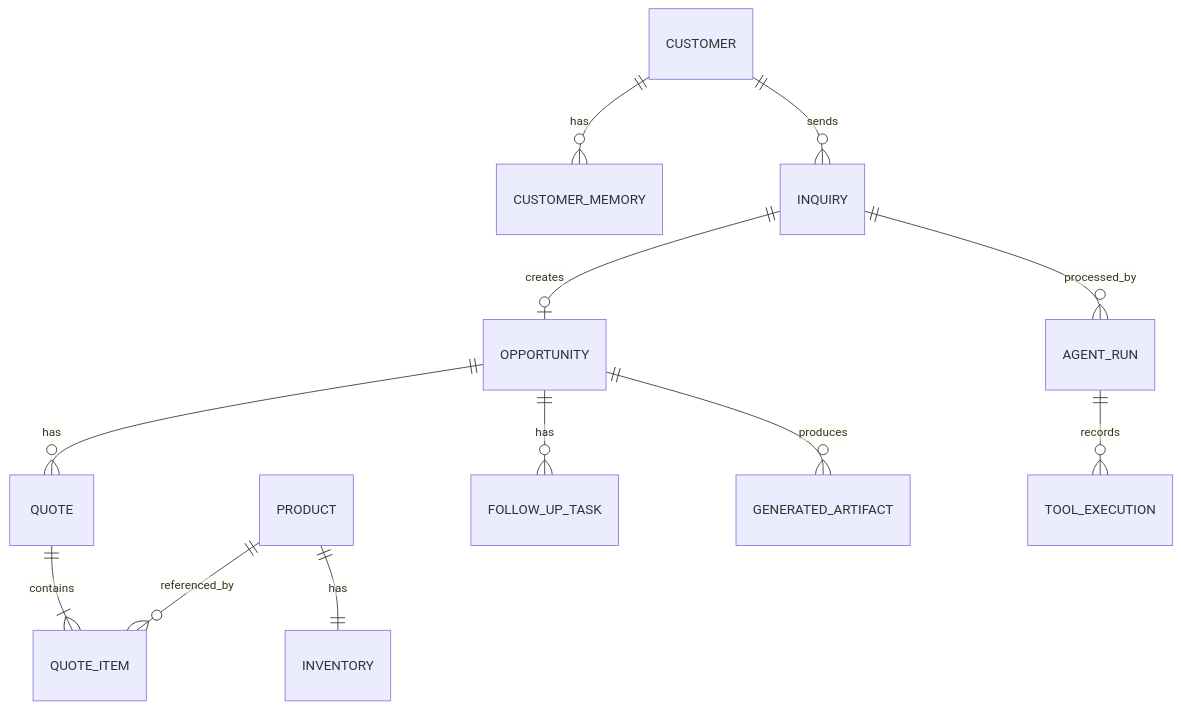
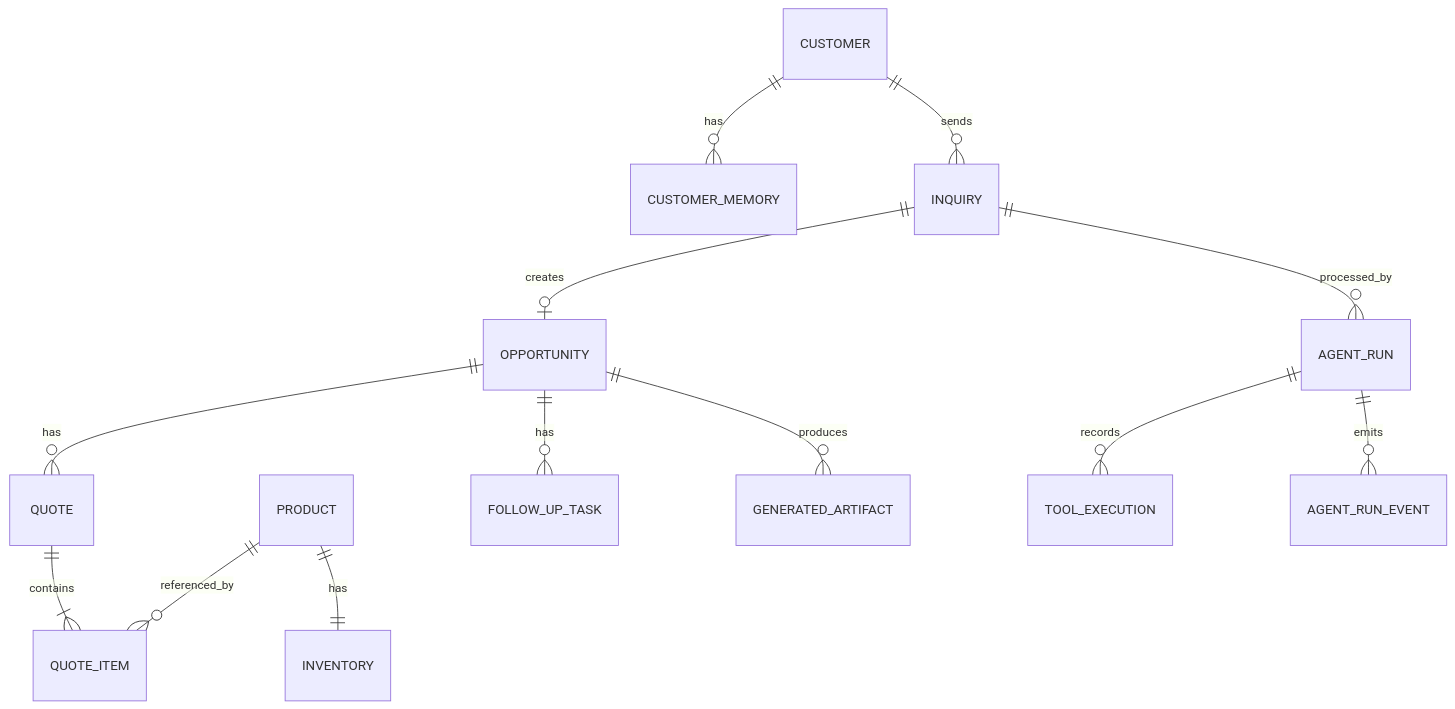
The diagram in docs/architecture/023-data-model.md (4356gs/adegaflow-ai), drawn with Mermaid before and after one commit. The commit also changed other lines of this file and 2 other files, not shown here.

Commit message:
docs: align architecture with bounded orchestration

````diff
--- a/docs/architecture/023-data-model.md
+++ b/docs/architecture/023-data-model.md
@@ -9,14 +9,15 @@
 ```mermaid
 erDiagram
     CUSTOMER ||--o{ CUSTOMER_MEMORY : has
     CUSTOMER ||--o{ INQUIRY : sends
     INQUIRY ||--o| OPPORTUNITY : creates
     INQUIRY ||--o{ AGENT_RUN : processed_by
     OPPORTUNITY ||--o{ QUOTE : has
     QUOTE ||--|{ QUOTE_ITEM : contains
     PRODUCT ||--o{ QUOTE_ITEM : referenced_by
     PRODUCT ||--|| INVENTORY : has
     OPPORTUNITY ||--o{ FOLLOW_UP_TASK : has
     OPPORTUNITY ||--o{ GENERATED_ARTIFACT : produces
     AGENT_RUN ||--o{ TOOL_EXECUTION : records
+    AGENT_RUN ||--o{ AGENT_RUN_EVENT : emits
 ```
````
